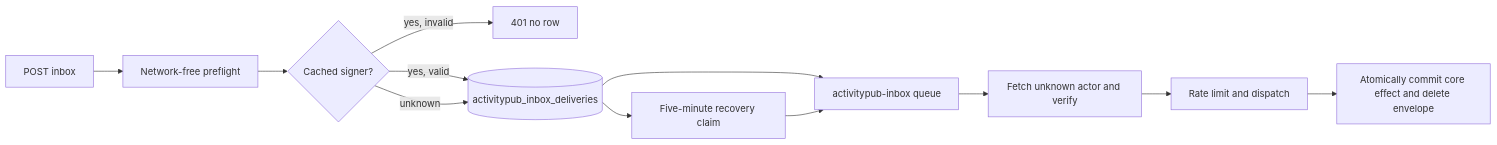
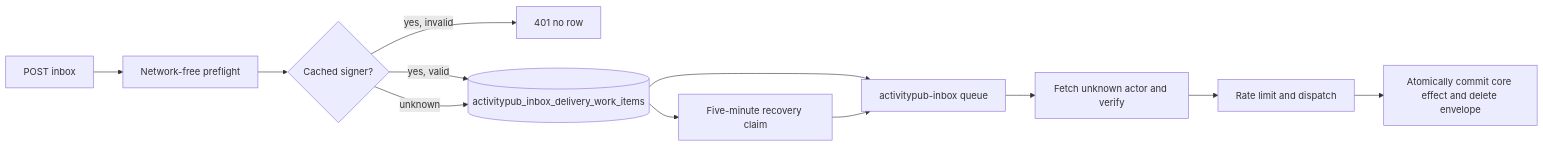
One commit to vouchington/vouchington changed the diagram in docs/requirements/api/activitypub/README.md. Above: the diagram before and after it, drawn with Mermaid. The commit also changed other lines of this file and 373 other files, not shown here.

````diff
--- a/docs/requirements/api/activitypub/README.md
+++ b/docs/requirements/api/activitypub/README.md
@@ -89,14 +89,14 @@
   ```mermaid
   flowchart LR
     R[POST inbox] --> P[Network-free preflight]
     P --> C{Cached signer?}
     C -->|yes, invalid| X401[401 no row]
-    C -->|yes, valid| D[(activitypub_inbox_deliveries)]
+    C -->|yes, valid| D[(activitypub_inbox_delivery_work_items)]
     C -->|unknown| D
     D --> Q[activitypub-inbox queue]
     Q --> V[Fetch unknown actor and verify]
     V --> A[Rate limit and dispatch]
     A --> X[Atomically commit core effect and delete envelope]
     D --> Rec[Five-minute recovery claim]
     Rec --> Q
   ```
````
